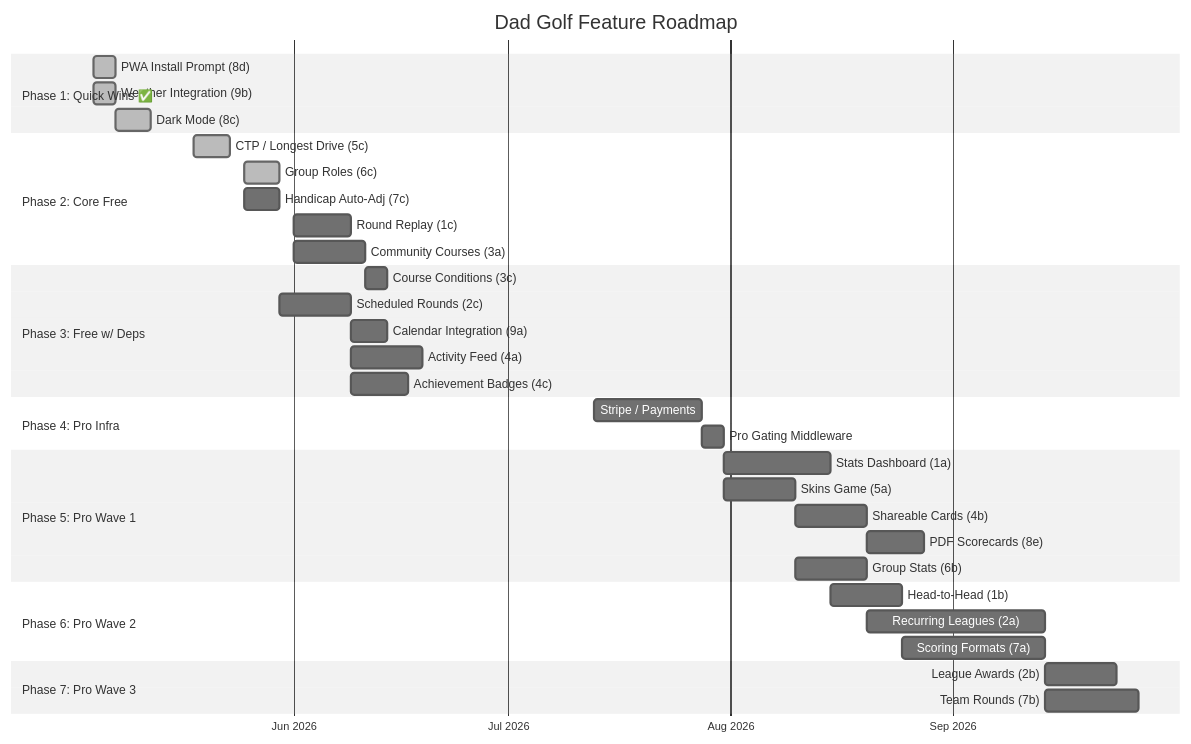
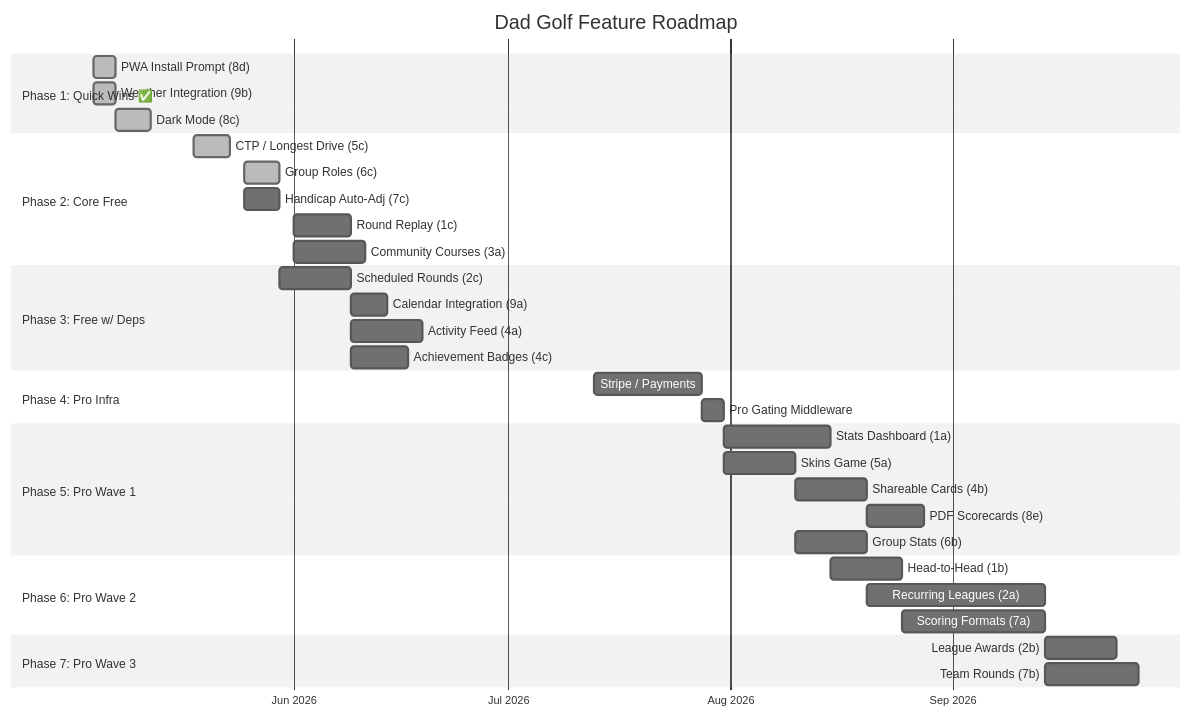
Before and after one commit to Lachy-Dauth/dad-golf: the second of 2 diagrams in docs/roadmap.md, drawn with Mermaid (neutral theme). The commit also changed other lines of this file and 1 other file, not shown here.

Commit message:
Update course condition reports to 'WON'T DO' and remove dependencies from roadmap

````diff
--- a/docs/roadmap.md
+++ b/docs/roadmap.md
@@ -96,45 +94,44 @@
 ```mermaid
 gantt
     title Dad Golf Feature Roadmap
     dateFormat YYYY-MM-DD
     axisFormat %b %Y
 
     section Phase 1: Quick Wins ✅
     PWA Install Prompt (8d)         :done, p1b, 2026-05-04, 3d
     Weather Integration (9b)        :done, p1c, 2026-05-04, 3d
     Dark Mode (8c)                  :done, p1d, 2026-05-07, 5d
 
     section Phase 2: Core Free
     CTP / Longest Drive (5c)        :done, p2b, 2026-05-18, 5d
     Group Roles (6c)                :done, p2d, 2026-05-25, 5d
     Handicap Auto-Adj (7c)          :p2e, 2026-05-25, 5d
     Round Replay (1c)               :p2a, 2026-06-01, 8d
     Community Courses (3a)          :p2f, 2026-06-01, 10d
 
     section Phase 3: Free w/ Deps
-    Course Conditions (3c)          :p3a, after p2f, 3d
     Scheduled Rounds (2c)           :p3b, after p2d, 10d
     Calendar Integration (9a)       :p3c, after p3b, 5d
     Activity Feed (4a)              :p3d, after p2a, 10d
     Achievement Badges (4c)         :p3e, after p2a, 8d
 
     section Phase 4: Pro Infra
     Stripe / Payments               :p4a, 2026-07-13, 15d
     Pro Gating Middleware            :p4b, after p4a, 3d
 
     section Phase 5: Pro Wave 1
     Stats Dashboard (1a)            :p5a, after p4b, 15d
     Skins Game (5a)                 :p5b, after p4b, 10d
     Shareable Cards (4b)            :p5c, after p5b, 10d
     PDF Scorecards (8e)             :p5d, after p5c, 8d
     Group Stats (6b)                :p5e, after p5b, 10d
 
     section Phase 6: Pro Wave 2
     Head-to-Head (1b)               :p6a, after p5a, 10d
     Recurring Leagues (2a)          :p6b, after p5e, 25d
     Scoring Formats (7a)            :p6c, after p6a, 20d
 
     section Phase 7: Pro Wave 3
     League Awards (2b)              :p7a, after p6b, 10d
     Team Rounds (7b)                :p7b, after p6c, 13d
 ```
````
